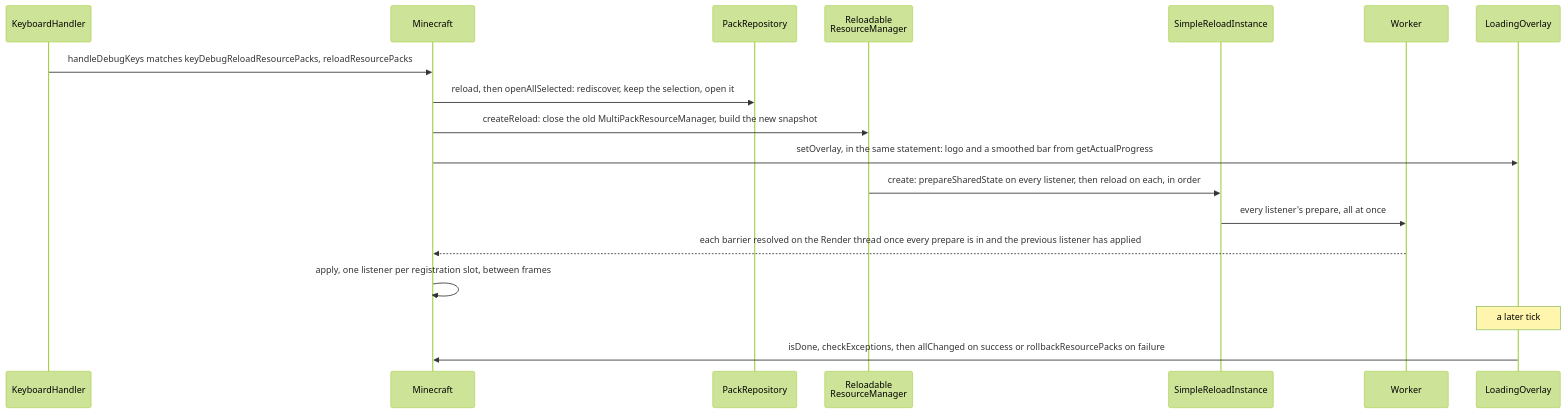
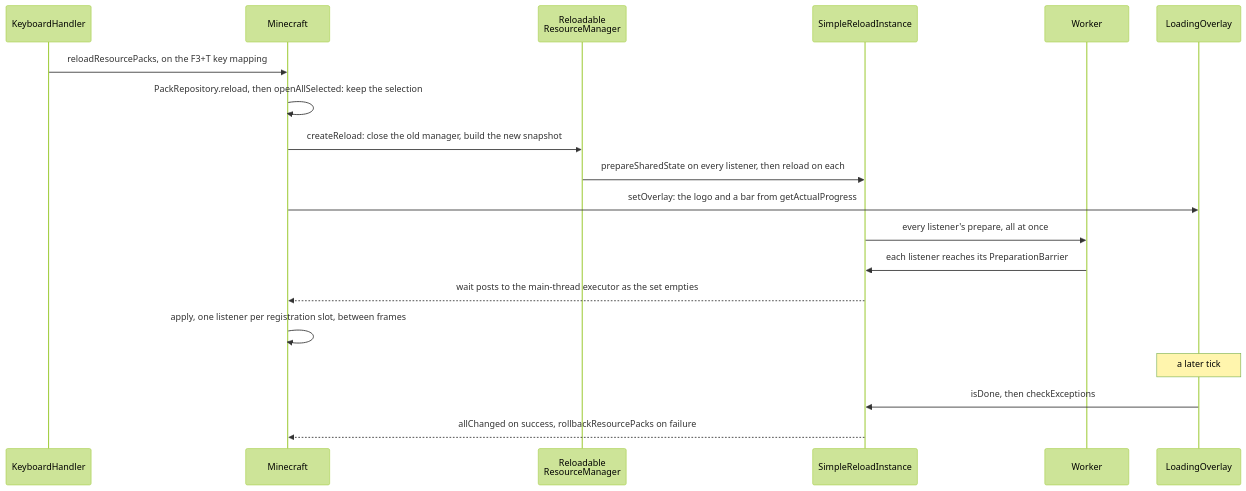
One commit to AlexanderjFraser/MinecraftDocs changed the third of 3 diagrams in src/systems/foundations/resource-system.md. Above: the diagram before and after it, drawn with Mermaid (forest theme). The commit also changed other lines of this file and 14 other files, not shown here.

````diff
--- a/src/systems/foundations/resource-system.md
+++ b/src/systems/foundations/resource-system.md
@@ -309,21 +320,22 @@
 ```mermaid
 sequenceDiagram
     participant KH as KeyboardHandler
     participant MC as Minecraft
-    participant PR as PackRepository
     participant RRM as Reloadable<br/>ResourceManager
     participant SRI as SimpleReloadInstance
     participant Worker as Worker
     participant LO as LoadingOverlay
 
-    KH->>MC: handleDebugKeys matches keyDebugReloadResourcePacks, reloadResourcePacks
-    MC->>PR: reload, then openAllSelected: rediscover, keep the selection, open it
-    MC->>RRM: createReload: close the old MultiPackResourceManager, build the new snapshot
-    MC->>LO: setOverlay, in the same statement: logo and a smoothed bar from getActualProgress
-    RRM->>SRI: create: prepareSharedState on every listener, then reload on each, in order
+    KH->>MC: reloadResourcePacks, on the F3+T key mapping
+    MC->>MC: PackRepository.reload, then openAllSelected: keep the selection
+    MC->>RRM: createReload: close the old manager, build the new snapshot
+    RRM->>SRI: prepareSharedState on every listener, then reload on each
+    MC->>LO: setOverlay: the logo and a bar from getActualProgress
     SRI->>Worker: every listener's prepare, all at once
-    Worker-->>MC: each barrier resolved on the Render thread once every prepare is in and the previous listener has applied
+    Worker->>SRI: each listener reaches its PreparationBarrier
+    SRI-->>MC: wait posts to the main-thread executor as the set empties
     MC->>MC: apply, one listener per registration slot, between frames
     Note over LO: a later tick
-    LO->>MC: isDone, checkExceptions, then allChanged on success or rollbackResourcePacks on failure
+    LO->>SRI: isDone, then checkExceptions
+    SRI-->>MC: allChanged on success, rollbackResourcePacks on failure
 ```
````
